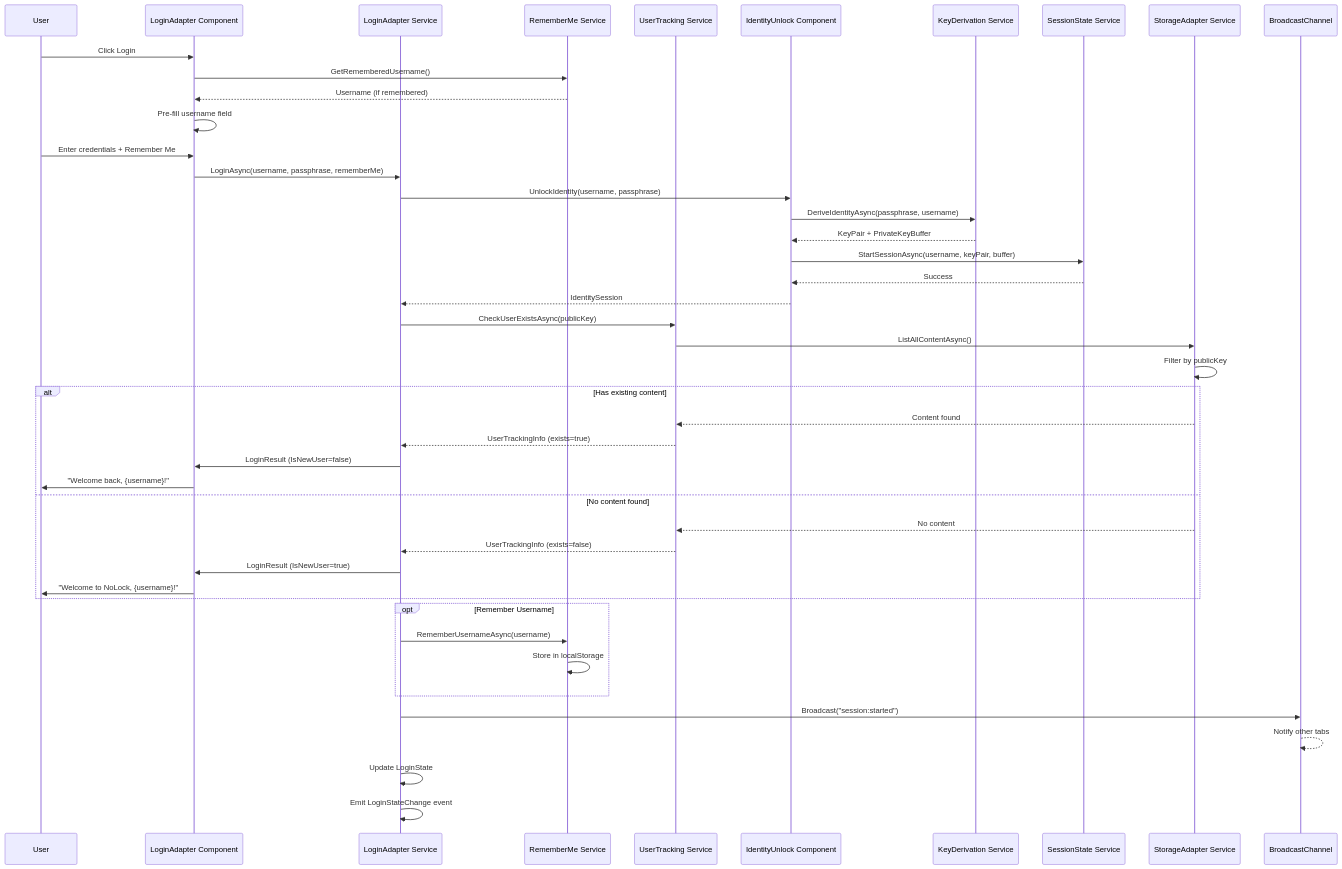
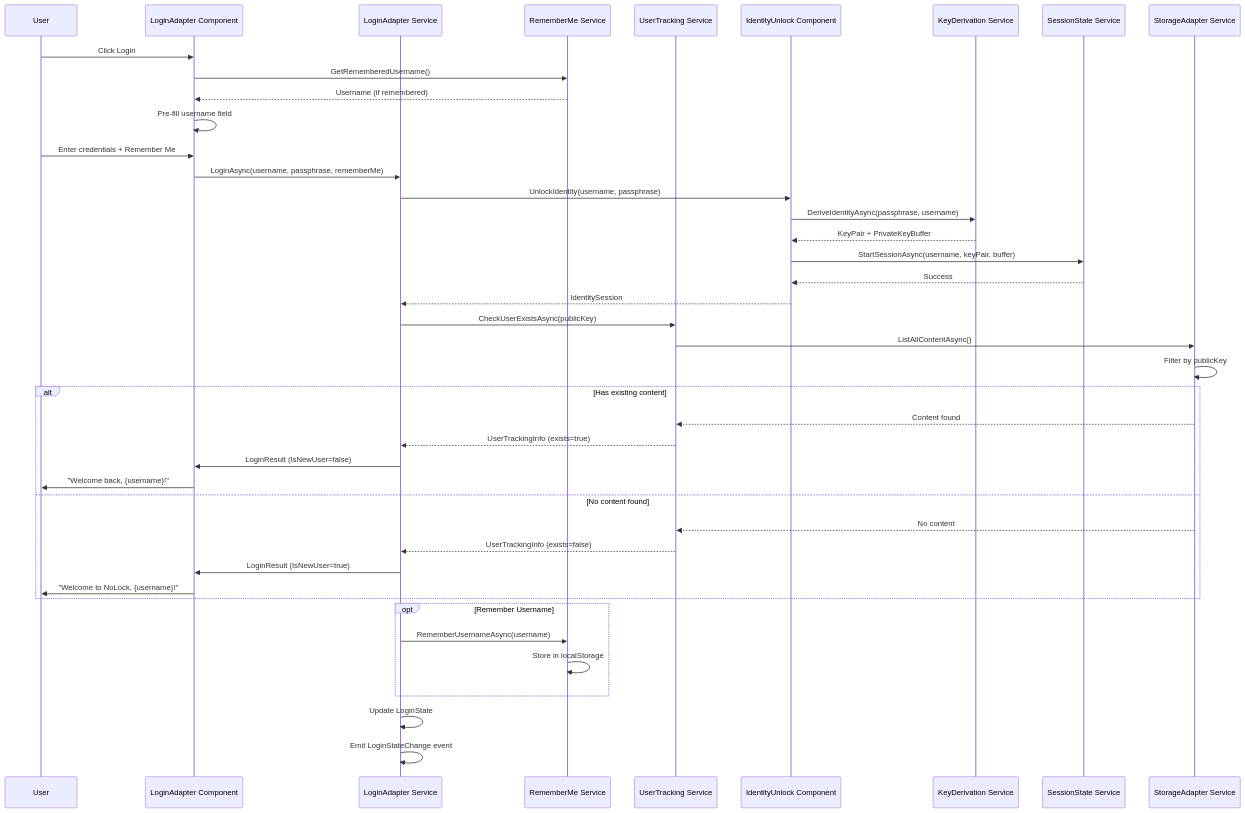
Before and after one commit to o2alexanderfedin/Nolock.social.frontends: the seventh of 8 diagrams in docs/architecture/security/minimal-login-architecture.md, drawn with Mermaid. The commit also changed other lines of this file and 1 other file, not shown here.

First line of the commit message:
docs: simplify login architecture by removing multi-tab coordination

````diff
--- a/docs/architecture/security/minimal-login-architecture.md
+++ b/docs/architecture/security/minimal-login-architecture.md
@@ -615,56 +565,52 @@
 ```mermaid
 sequenceDiagram
     participant U as User
     participant LAC as LoginAdapter Component
     participant LAS as LoginAdapter Service
     participant RMS as RememberMe Service
     participant UTS as UserTracking Service
     participant IUC as IdentityUnlock Component
     participant KDS as KeyDerivation Service
     participant SSS as SessionState Service
     participant SAS as StorageAdapter Service
-    participant BC as BroadcastChannel
     
     U->>LAC: Click Login
     LAC->>RMS: GetRememberedUsername()
     RMS-->>LAC: Username (if remembered)
     LAC->>LAC: Pre-fill username field
     
     U->>LAC: Enter credentials + Remember Me
     LAC->>LAS: LoginAsync(username, passphrase, rememberMe)
     
     LAS->>IUC: UnlockIdentity(username, passphrase)
     IUC->>KDS: DeriveIdentityAsync(passphrase, username)
     KDS-->>IUC: KeyPair + PrivateKeyBuffer
     
     IUC->>SSS: StartSessionAsync(username, keyPair, buffer)
     SSS-->>IUC: Success
     IUC-->>LAS: IdentitySession
     
     LAS->>UTS: CheckUserExistsAsync(publicKey)
     UTS->>SAS: ListAllContentAsync()
     SAS->>SAS: Filter by publicKey
     
     alt Has existing content
         SAS-->>UTS: Content found
         UTS-->>LAS: UserTrackingInfo (exists=true)
         LAS->>LAC: LoginResult (IsNewUser=false)
         LAC->>U: "Welcome back, {username}!"
     else No content found
         SAS-->>UTS: No content
         UTS-->>LAS: UserTrackingInfo (exists=false)
         LAS->>LAC: LoginResult (IsNewUser=true)
         LAC->>U: "Welcome to NoLock, {username}!"
     end
     
     opt Remember Username
         LAS->>RMS: RememberUsernameAsync(username)
         RMS->>RMS: Store in localStorage
     end
     
-    LAS->>BC: Broadcast("session:started")
-    BC-->>BC: Notify other tabs
-    
     LAS->>LAS: Update LoginState
     LAS->>LAS: Emit LoginStateChange event
 ```
````
